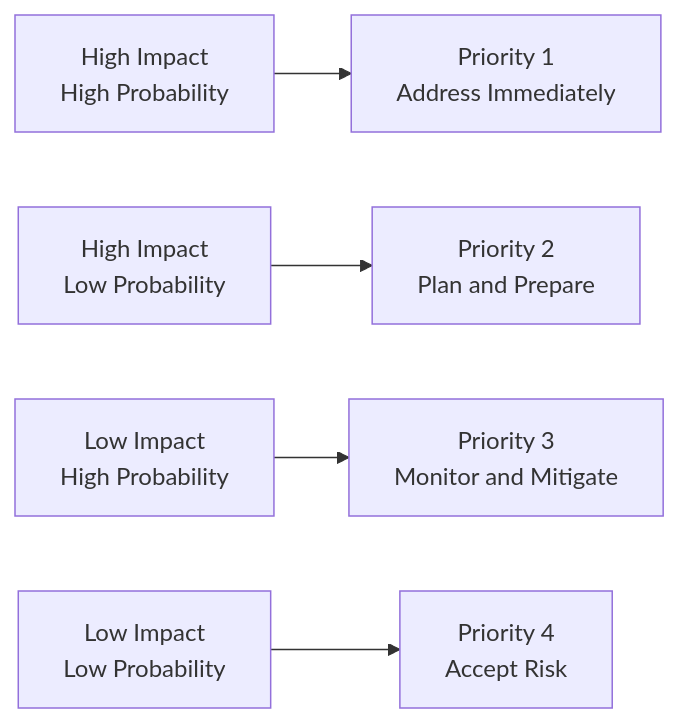
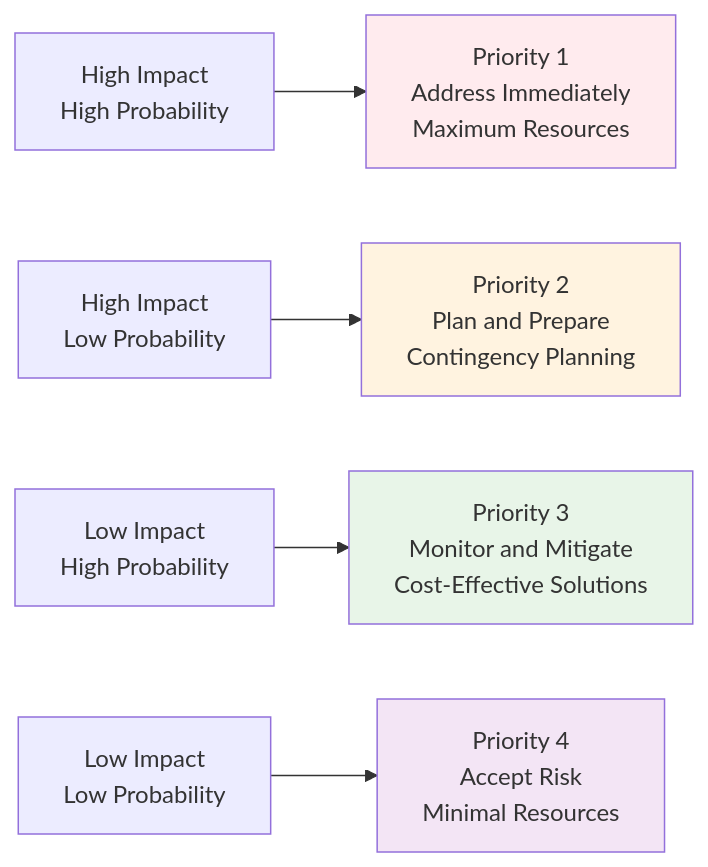
The fifth of 6 diagrams in content/resources/study-materials/32-ict/sem-5/4353204-cyber-security/slidev/02-computer-security-fundamentals.md (milavdabgar/studio), drawn with Mermaid before and after one commit. The commit also changed other lines of this file and 3 other files, not shown here.

````diff
--- a/content/resources/study-materials/32-ict/sem-5/4353204-cyber-security/slidev/02-computer-security-fundamentals.md
+++ b/content/resources/study-materials/32-ict/sem-5/4353204-cyber-security/slidev/02-computer-security-fundamentals.md
@@ -499,7 +1137,12 @@
 ```mermaid
 graph LR
-    A[High Impact<br/>High Probability] --> A1[Priority 1<br/>Address Immediately]
-    B[High Impact<br/>Low Probability] --> B1[Priority 2<br/>Plan and Prepare]
-    C[Low Impact<br/>High Probability] --> C1[Priority 3<br/>Monitor and Mitigate]
-    D[Low Impact<br/>Low Probability] --> D1[Priority 4<br/>Accept Risk]
+    A[High Impact<br/>High Probability] --> A1[Priority 1<br/>Address Immediately<br/>Maximum Resources]
+    B[High Impact<br/>Low Probability] --> B1[Priority 2<br/>Plan and Prepare<br/>Contingency Planning]
+    C[Low Impact<br/>High Probability] --> C1[Priority 3<br/>Monitor and Mitigate<br/>Cost-Effective Solutions]
+    D[Low Impact<br/>Low Probability] --> D1[Priority 4<br/>Accept Risk<br/>Minimal Resources]
+    
+    style A1 fill:#ffebee
+    style B1 fill:#fff3e0
+    style C1 fill:#e8f5e8
+    style D1 fill:#f3e5f5
 ```
````
